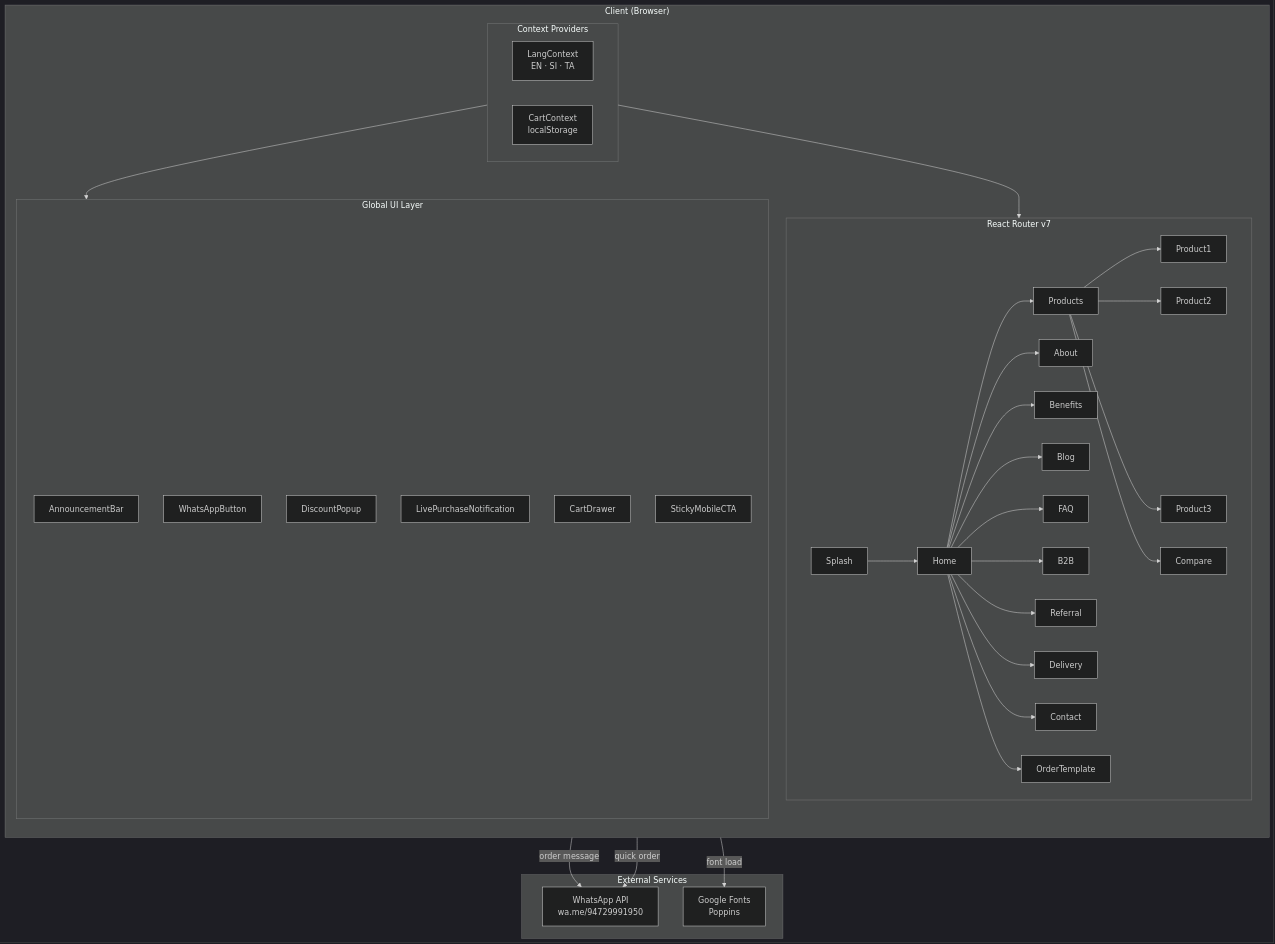
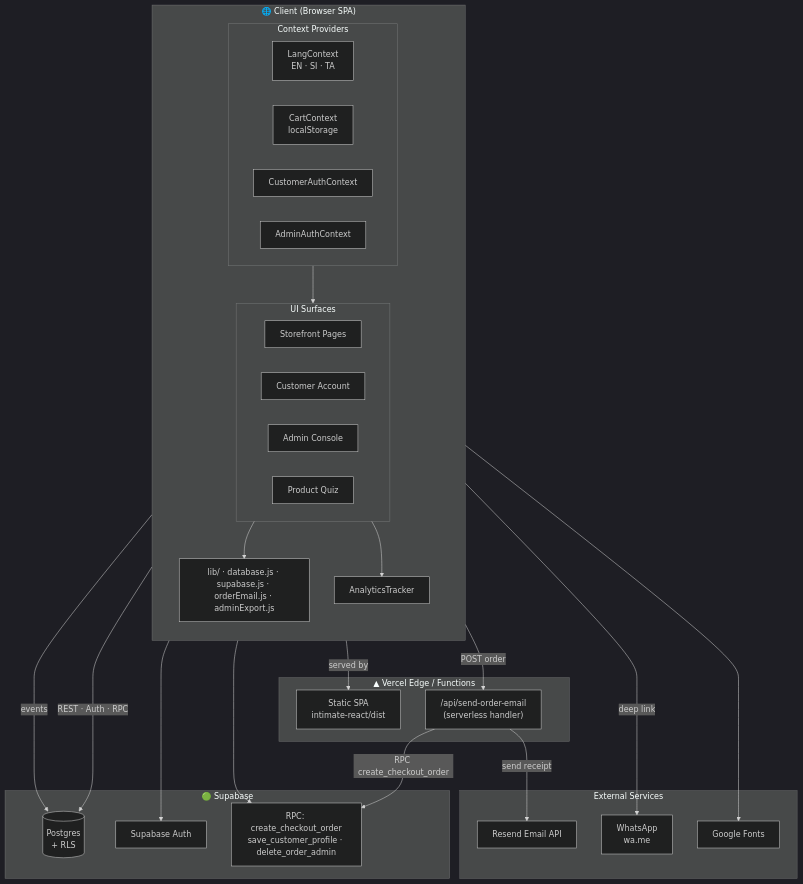
The first of 12 diagrams in README.md (Aakashwije/INTIMATE_HYGIENE), drawn with Mermaid (dark theme) before and after one commit. The commit also changed other lines of this file and 7 other files, not shown here.

First line of the commit message:
Add order email + offline-safe order sync

````diff
--- a/README.md
+++ b/README.md
@@ -81,49 +113,51 @@
 ```mermaid
 graph TB
-    subgraph Client["Client (Browser)"]
+    subgraph Browser["🌐 Client (Browser SPA)"]
         direction TB
         subgraph Providers["Context Providers"]
             LC[LangContext<br/>EN · SI · TA]
             CC[CartContext<br/>localStorage]
+            CAC[CustomerAuthContext]
+            AAC[AdminAuthContext]
         end
-
-        subgraph Router["React Router v7"]
-            Splash --> Home
-            Home --> Products
-            Products --> PD1[Product1]
-            Products --> PD2[Product2]
-            Products --> PD3[Product3]
-            Products --> Compare
-            Home --> About
-            Home --> Benefits
-            Home --> Blog
-            Home --> FAQ
-            Home --> B2B
-            Home --> Referral
-            Home --> Delivery
-            Home --> Contact
-            Home --> Order[OrderTemplate]
+        subgraph Surfaces["UI Surfaces"]
+            Store[Storefront Pages]
+            Acct[Customer Account]
+            Admin[Admin Console]
+            Quiz[Product Quiz]
         end
-
-        subgraph GlobalUI["Global UI Layer"]
-            AB[AnnouncementBar]
-            WA[WhatsAppButton]
-            DP[DiscountPopup]
-            LPN[LivePurchaseNotification]
-            CD[CartDrawer]
-            SM[StickyMobileCTA]
-        end
-
-        Providers --> Router
-        Providers --> GlobalUI
+        Lib[lib/ · database.js · supabase.js · orderEmail.js · adminExport.js]
+        AT[AnalyticsTracker]
+        Providers --> Surfaces
+        Surfaces --> Lib
+        Surfaces --> AT
     end
 
-    subgraph External["External Services"]
-        WAS[WhatsApp API<br/>wa.me/94729991950]
-        GF[Google Fonts<br/>Poppins]
+    subgraph Vercel["▲ Vercel Edge / Functions"]
+        SPA[Static SPA<br/>intimate-react/dist]
+        FN["/api/send-order-email<br/>(serverless handler)"]
     end
 
-    CD -->|"order message"| WAS
-    SM -->|"quick order"| WAS
-    Client -->|"font load"| GF
+    subgraph Supabase["🟢 Supabase"]
+        DB[(Postgres<br/>+ RLS)]
+        AUTH[Supabase Auth]
+        RPC[RPC: create_checkout_order<br/>save_customer_profile · delete_order_admin]
+    end
+
+    subgraph Ext["External Services"]
+        RESEND[Resend Email API]
+        WA[WhatsApp<br/>wa.me]
+        GF[Google Fonts]
+    end
+
+    Browser -->|served by| SPA
+    Lib -->|"REST · Auth · RPC"| DB
+    Lib --> AUTH
+    Lib --> RPC
+    AT -->|events| DB
+    Lib -->|"POST order"| FN
+    FN -->|"RPC create_checkout_order"| RPC
+    FN -->|"send receipt"| RESEND
+    Surfaces -->|"deep link"| WA
+    Browser --> GF
 ```
````
